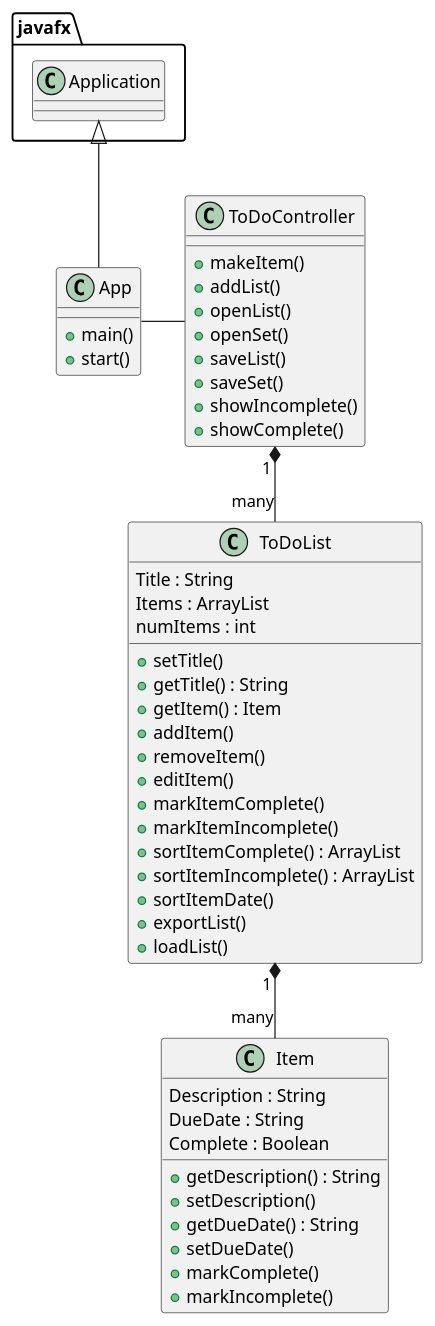
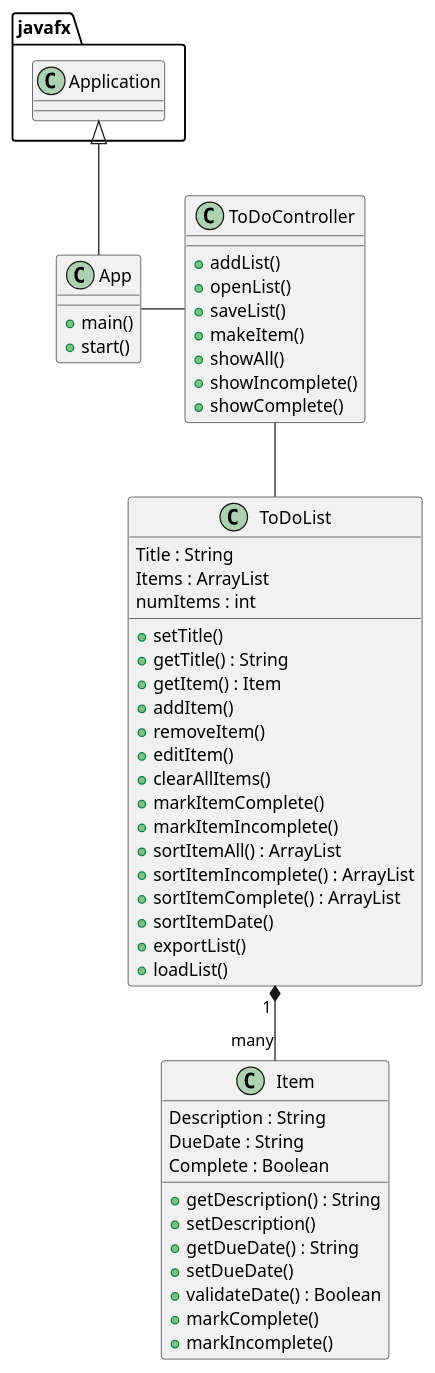
One commit to kieran-l-jimenez/jimenez-cop3330-assignment4part2 changed the diagram in uml/ToDoUML.puml. Above: the diagram before and after it, drawn with PlantUML. The commit also changed 5 other files, not shown here.

First line of the commit message:
Updates UML and Removes Mentions of Sets

```diff
--- a/uml/ToDoUML.puml
+++ b/uml/ToDoUML.puml
@@ -1,74 +1,72 @@
 @startuml
 
 class App {
     + main()
     + start()
 }
 
-'open GUI here, Reqs 7, 18, and 20 here?
 class ToDoController {
-+ makeItem()
 + addList()
 + openList()
-+ openSet()
 + saveList()
-+ saveSet()
++ makeItem()
++ showAll()
 + showIncomplete()
 + showComplete()
 }
-
-'It might be easier to have a simple "ListSet" class holding ToDoLists for loading
-'and saving sets of lists - Reqs: 18, 20
-
+'Req 1
 class ToDoList {
 Title : String
-'Req 2
 Items : ArrayList
-'Req 3
 numItems : int
 
 +setTitle()
-'Req 6/8
 +getTitle() : String
 +getItem() : Item
-'Req 14
 +addItem()
+'Req 4
++removeItem()
+'Req 5
++editItem()
+'Req 7, Req 8
++clearAllItems()
+'Req 6
++markItemComplete()
++markItemIncomplete()
 'Req 9
-+removeItem()
++sortItemAll() : ArrayList
 'Req 10
-+editItem()
-'Req 11/12
-+markItemComplete()
-'Req 13
-+markItemIncomplete()
++sortItemIncomplete() : ArrayList
+'Req 11
 +sortItemComplete() : ArrayList
-'Req 16
-+sortItemIncomplete() : ArrayList
-'Req 15
+'Req 12
 +sortItemDate()
 +exportList()
-'Req 17
+'Req 13
 +loadList()
-'Req 19
+'Req 14
 }
 
 class Item {
 Description : String
-'Req 4
+'Req 2
 DueDate : String
-'Req 5 "YYYY-MM-DD"
+'Req 3
+'Format: YYYY-MM-DD
 Complete : Boolean
 
 + getDescription() : String
 + setDescription()
 + getDueDate() : String
 + setDueDate()
++ validateDate() : Boolean
+'Req 3.1: see if 1)DD doesn't go past max for the month, 2)positive numbers
 + markComplete()
 + markIncomplete()
 }
 
 ToDoList "1 " *-- "many" Item
 App - ToDoController
-ToDoController "1 " *-- "many" ToDoList
+ToDoController -- ToDoList
 javafx.Application <|-- App
 @enduml
```
